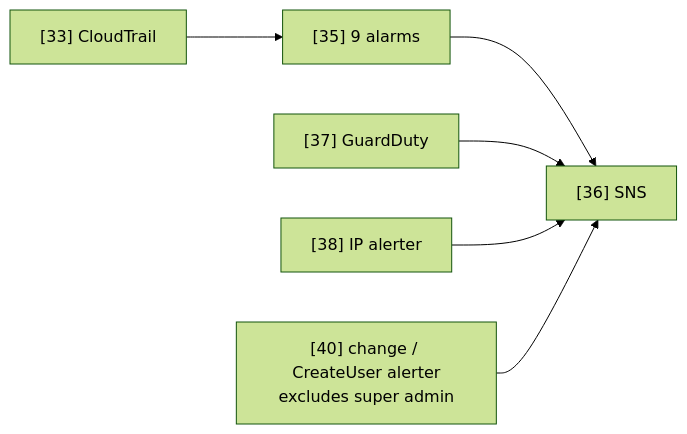
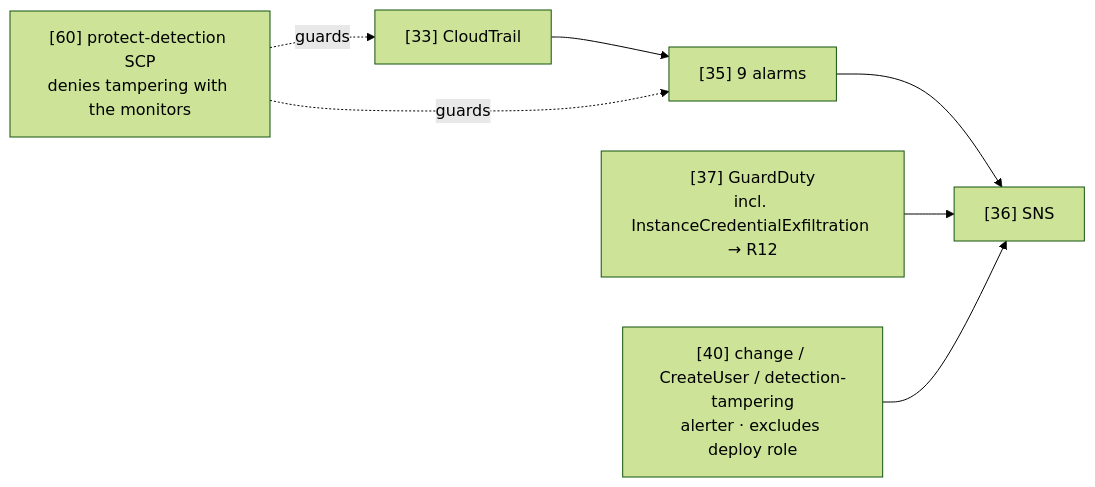
Before and after one commit to DelicateHug/InterviewTakeHome: the sixth of 6 diagrams in README.md, drawn with Mermaid (forest theme). The commit also changed other lines of this file and 67 other files, not shown here.

````diff
--- a/README.md
+++ b/README.md
@@ -75,7 +96,8 @@
 ```mermaid
 flowchart LR
   CT["[33] CloudTrail"] --> AL["[35] 9 alarms"] --> SNS["[36] SNS"]
-  GD["[37] GuardDuty"] --> SNS
-  IP["[38] IP alerter"] --> SNS
-  CH["[40] change / CreateUser alerter<br/>excludes super admin"] --> SNS
+  GD["[37] GuardDuty<br/>incl. InstanceCredentialExfiltration → R12"] --> SNS
+  CH["[40] change / CreateUser / detection-tampering<br/>alerter · excludes deploy role"] --> SNS
+  SCP60["[60] protect-detection SCP<br/>denies tampering with the monitors"] -. guards .-> CT
+  SCP60 -. guards .-> AL
 ```
````
